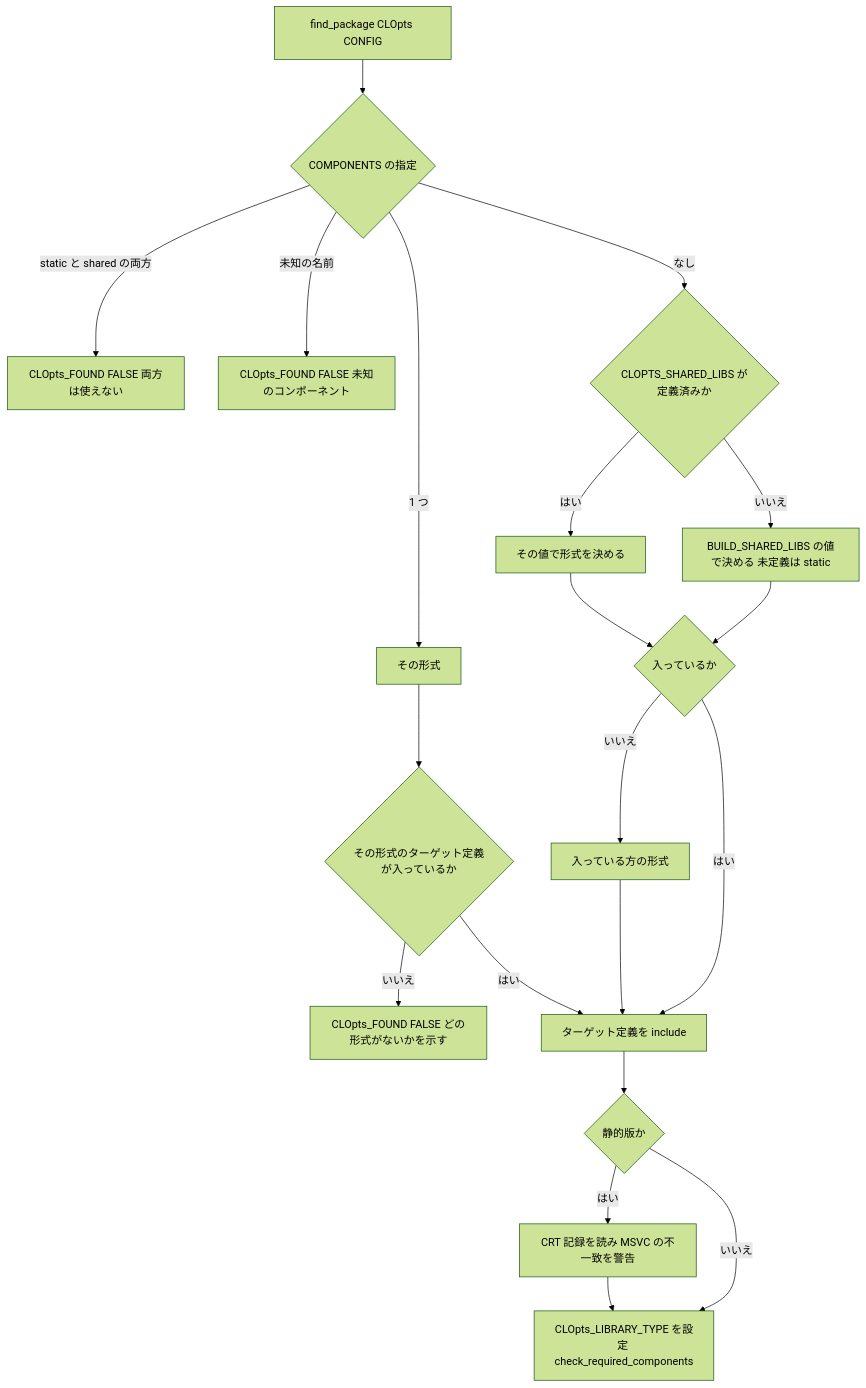
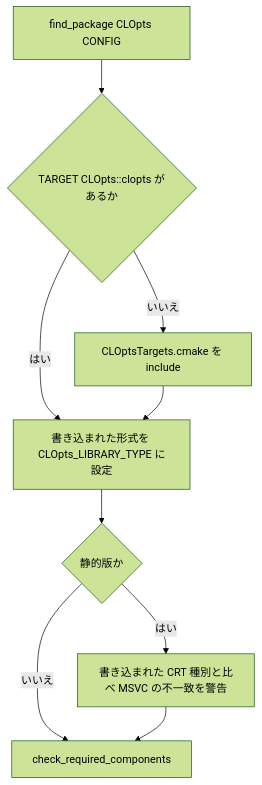
Before and after one commit to ktdevx/clopts-private: the third of 4 diagrams in .kiro/specs/project-foundation/design.md, drawn with Mermaid (forest theme). The commit also changed other lines of this file and 25 other files, not shown here.

````diff
--- a/.kiro/specs/project-foundation/design.md
+++ b/.kiro/specs/project-foundation/design.md
@@ -319,22 +314,11 @@
 ```mermaid
 flowchart TD
-    Begin[find_package CLOpts CONFIG] --> Comp{COMPONENTS の指定}
-    Comp -- static と shared の両方 --> FailBoth[CLOpts_FOUND FALSE 両方は使えない]
-    Comp -- 未知の名前 --> FailUnknown[CLOpts_FOUND FALSE 未知のコンポーネント]
-    Comp -- 1 つ --> Want[その形式]
-    Comp -- なし --> Pref{CLOPTS_SHARED_LIBS が定義済みか}
-    Pref -- はい --> PrefVal[その値で形式を決める]
-    Pref -- いいえ --> PrefBSL[BUILD_SHARED_LIBS の値で決める 未定義は static]
-    Want --> Exists{その形式のターゲット定義が入っているか}
-    Exists -- いいえ --> FailMissing[CLOpts_FOUND FALSE どの形式がないかを示す]
-    PrefVal --> Exists2{入っているか}
-    PrefBSL --> Exists2
-    Exists2 -- いいえ --> Other[入っている方の形式]
-    Exists2 -- はい --> Load
-    Exists -- はい --> Load[ターゲット定義を include]
-    Other --> Load
-    Load --> Runtime{静的版か}
-    Runtime -- はい --> CRT[CRT 記録を読み MSVC の不一致を警告]
-    Runtime -- いいえ --> Vars
-    CRT --> Vars[CLOpts_LIBRARY_TYPE を設定 check_required_components]
+    Begin[find_package CLOpts CONFIG] --> Loaded{TARGET CLOpts::clopts があるか}
+    Loaded -- いいえ --> Load[CLOptsTargets.cmake を include]
+    Loaded -- はい --> Type
+    Load --> Type[書き込まれた形式を CLOpts_LIBRARY_TYPE に設定]
+    Type --> Runtime{静的版か}
+    Runtime -- はい --> CRT[書き込まれた CRT 種別と比べ MSVC の不一致を警告]
+    Runtime -- いいえ --> Check
+    CRT --> Check[check_required_components]
 ```
````
